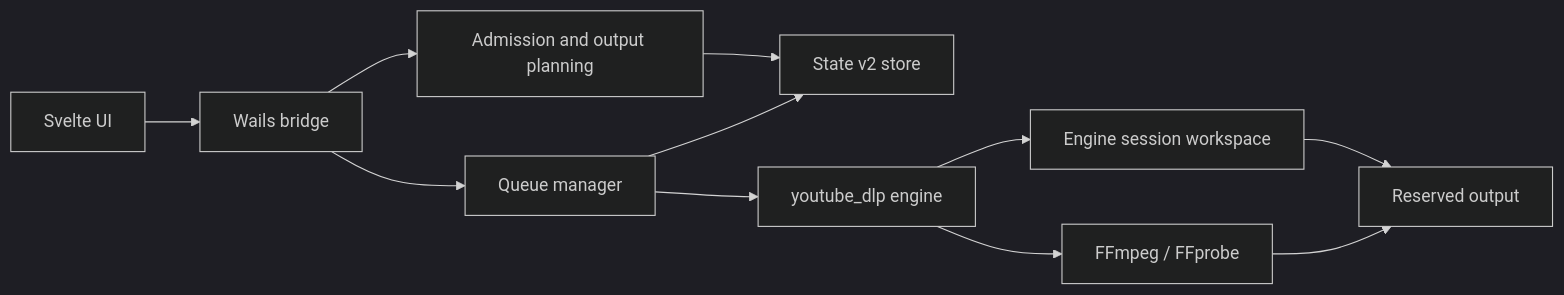
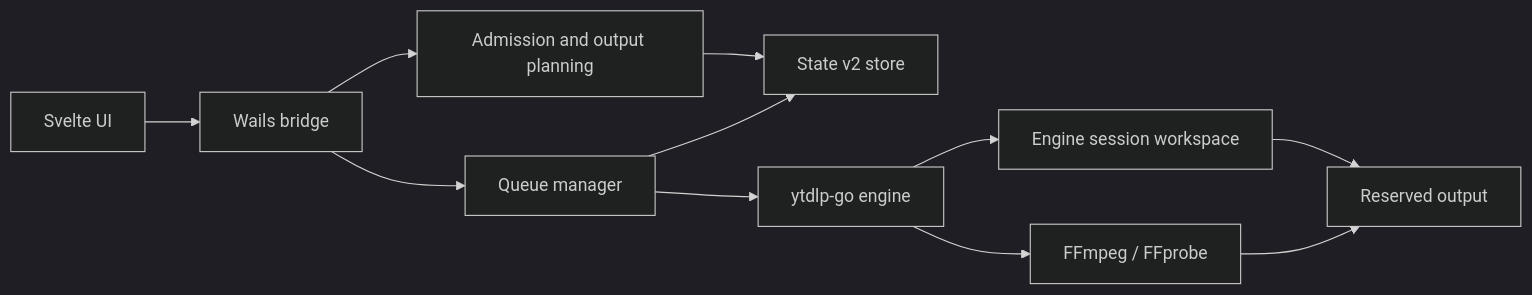
The diagram in README.md (tejasa97/vidstow), drawn with Mermaid (dark theme) before and after one commit. The commit also changed other lines of this file and 6 other files, not shown here.

First line of the commit message:
docs: call the engine ytdlp-go

````diff
--- a/README.md
+++ b/README.md
@@ -198,13 +199,13 @@
 ```mermaid
 flowchart LR
     UI["Svelte UI"] --> Bridge["Wails bridge"]
     Bridge --> Admission["Admission and output planning"]
     Bridge --> Manager["Queue manager"]
     Admission --> State["State v2 store"]
     Manager --> State
-    Manager --> Engine["youtube_dlp engine"]
+    Manager --> Engine["ytdlp-go engine"]
     Engine --> Session["Engine session workspace"]
     Engine --> FFmpeg["FFmpeg / FFprobe"]
     Session --> Output["Reserved output"]
     FFmpeg --> Output
 ```
````
